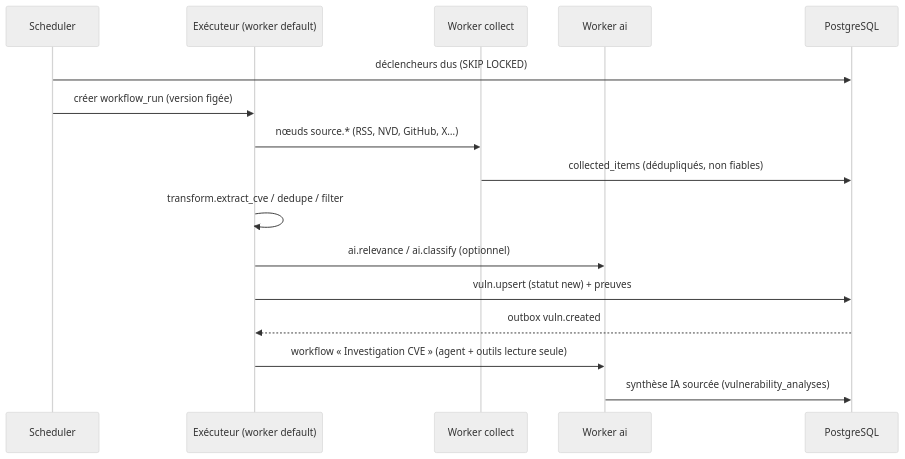
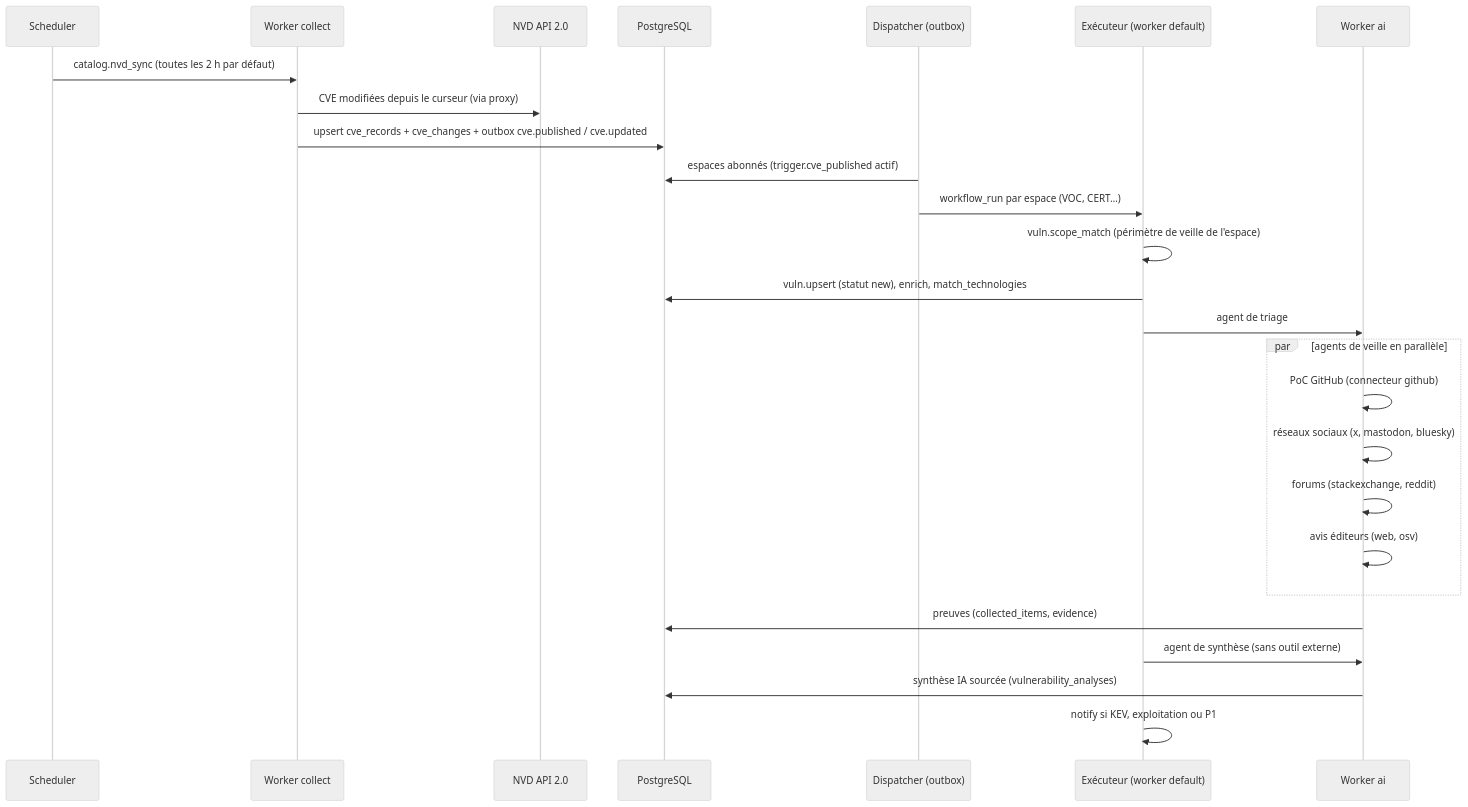
Before and after one commit to nathan33670-spec/Vuln-veille: the second of 2 diagrams in docs/ARCHITECTURE.md, drawn with Mermaid (neutral theme). The commit also changed other lines of this file and 13 other files, not shown here.

First line of the commit message:
docs: make NVD the primary trigger, add connectors and swappable AI engine

````diff
--- a/docs/ARCHITECTURE.md
+++ b/docs/ARCHITECTURE.md
@@ -170,18 +180,28 @@
 ```mermaid
 sequenceDiagram
     participant S as Scheduler
+    participant C as Worker collect
+    participant NVD as NVD API 2.0
+    participant DB as PostgreSQL
+    participant D as Dispatcher (outbox)
     participant E as Exécuteur (worker default)
-    participant C as Worker collect
     participant A as Worker ai
-    participant DB as PostgreSQL
-    S->>DB: déclencheurs dus (SKIP LOCKED)
-    S->>E: créer workflow_run (version figée)
-    E->>C: nœuds source.* (RSS, NVD, GitHub, X…)
-    C->>DB: collected_items (dédupliqués, non fiables)
-    E->>E: transform.extract_cve / dedupe / filter
-    E->>A: ai.relevance / ai.classify (optionnel)
-    E->>DB: vuln.upsert (statut new) + preuves
-    DB-->>E: outbox vuln.created
-    E->>A: workflow « Investigation CVE » (agent + outils lecture seule)
+    S->>C: catalog.nvd_sync (toutes les 2 h par défaut)
+    C->>NVD: CVE modifiées depuis le curseur (via proxy)
+    C->>DB: upsert cve_records + cve_changes + outbox cve.published / cve.updated
+    D->>DB: espaces abonnés (trigger.cve_published actif)
+    D->>E: workflow_run par espace (VOC, CERT…)
+    E->>E: vuln.scope_match (périmètre de veille de l'espace)
+    E->>DB: vuln.upsert (statut new), enrich, match_technologies
+    E->>A: agent de triage
+    par agents de veille en parallèle
+        A->>A: PoC GitHub (connecteur github)
+        A->>A: réseaux sociaux (x, mastodon, bluesky)
+        A->>A: forums (stackexchange, reddit)
+        A->>A: avis éditeurs (web, osv)
+    end
+    A->>DB: preuves (collected_items, evidence)
+    E->>A: agent de synthèse (sans outil externe)
     A->>DB: synthèse IA sourcée (vulnerability_analyses)
+    E->>E: notify si KEV, exploitation ou P1
 ```
````
